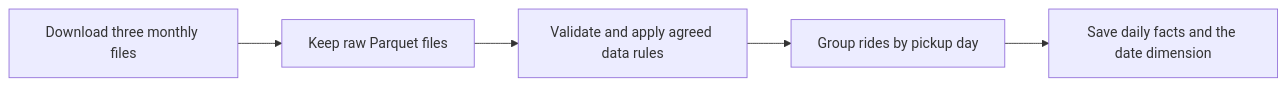
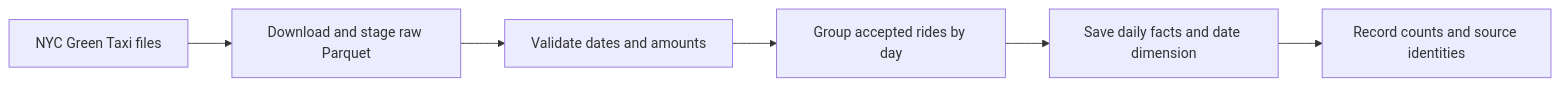
The diagram in README.md (roy-nfisch/nyc-taxi-revenue-data-pipeline), drawn with Mermaid before and after one commit. The commit also changed other lines of this file and 4 other files, not shown here.

````diff
--- a/README.md
+++ b/README.md
@@ -99,7 +164,8 @@
 ```mermaid
 flowchart LR
-    A[Download three monthly files] --> B[Keep raw Parquet files]
-    B --> C[Validate and apply agreed data rules]
-    C --> D[Group rides by pickup day]
-    D --> E[Save daily facts and the date dimension]
+    A[NYC Green Taxi files] --> B[Download and stage raw Parquet]
+    B --> C[Validate dates and amounts]
+    C --> D[Group accepted rides by day]
+    D --> E[Save daily facts and date dimension]
+    E --> F[Record counts and source identities]
 ```
````
